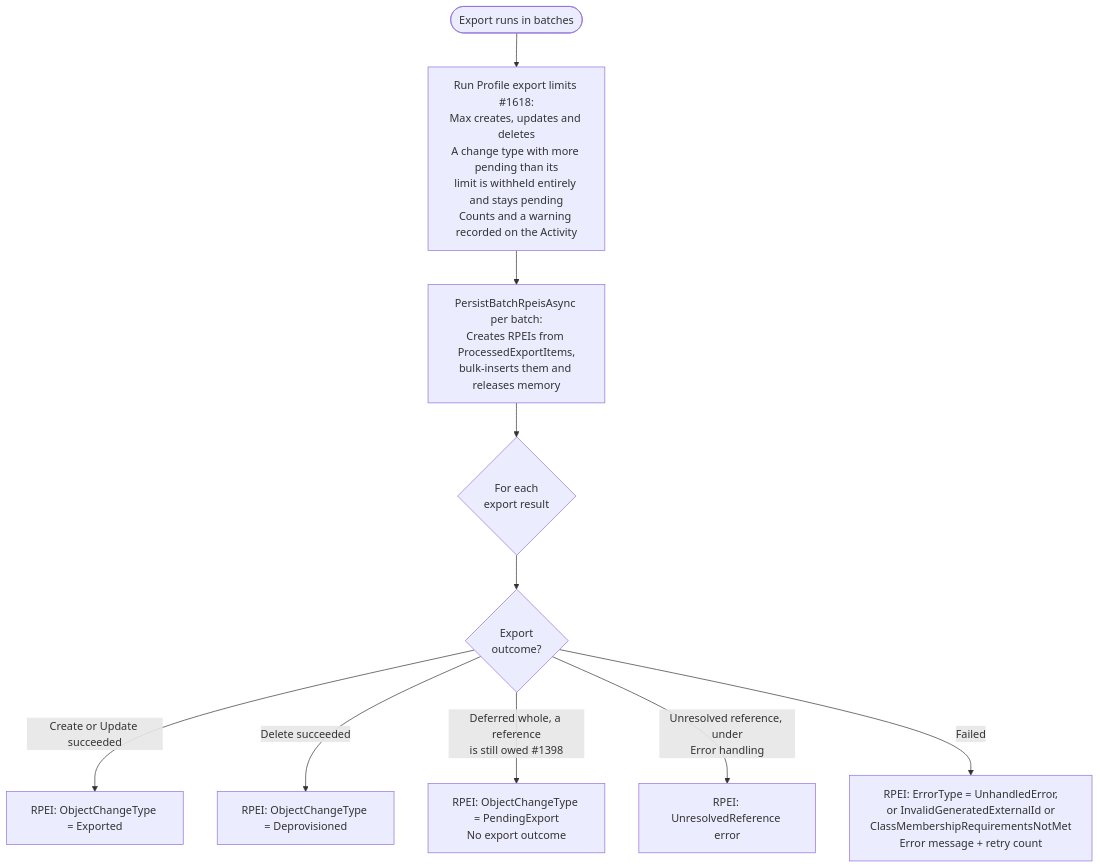
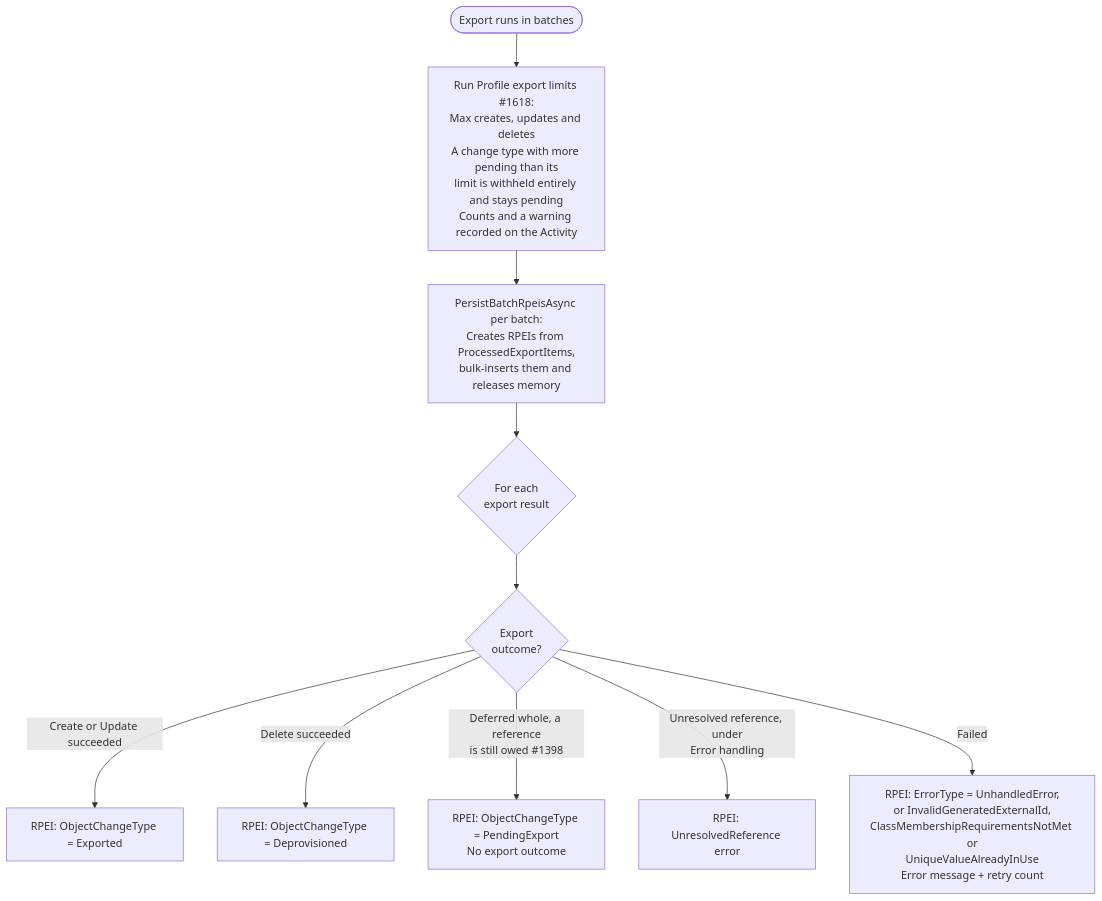
One commit to TetronIO/JIM changed the fourth of 6 diagrams in docs/developer/diagrams/ACTIVITY_AND_RPEI_FLOW.md. Above: the diagram before and after it, drawn with Mermaid. The commit also changed 48 other files, not shown here.

````diff
--- a/docs/developer/diagrams/ACTIVITY_AND_RPEI_FLOW.md
+++ b/docs/developer/diagrams/ACTIVITY_AND_RPEI_FLOW.md
@@ -143,14 +143,14 @@
 ```mermaid
 flowchart TD
     ExportStart([Export runs in batches]) --> Limits[Run Profile export limits #1618:<br/>Max creates, updates and deletes<br/>A change type with more pending than its<br/>limit is withheld entirely and stays pending<br/>Counts and a warning recorded on the Activity]
     Limits --> ProcessResults[PersistBatchRpeisAsync per batch:<br/>Creates RPEIs from ProcessedExportItems,<br/>bulk-inserts them and releases memory]
 
     ProcessResults --> PerExport{For each<br/>export result}
 
     PerExport --> Outcome{Export<br/>outcome?}
     Outcome -->|Create or Update succeeded| ExpRPEI[RPEI: ObjectChangeType = Exported]
     Outcome -->|Delete succeeded| DeprovRPEI[RPEI: ObjectChangeType = Deprovisioned]
     Outcome -->|Deferred whole, a reference<br/>is still owed #1398| DeferRPEI[RPEI: ObjectChangeType = PendingExport<br/>No export outcome]
     Outcome -->|Unresolved reference, under<br/>Error handling| UnresolvedRPEI[RPEI: UnresolvedReference error]
-    Outcome -->|Failed| FailRPEI[RPEI: ErrorType = UnhandledError,<br/>or InvalidGeneratedExternalId or<br/>ClassMembershipRequirementsNotMet<br/>Error message + retry count]
+    Outcome -->|Failed| FailRPEI[RPEI: ErrorType = UnhandledError,<br/>or InvalidGeneratedExternalId,<br/>ClassMembershipRequirementsNotMet or<br/>UniqueValueAlreadyInUse<br/>Error message + retry count]
 ```
````
